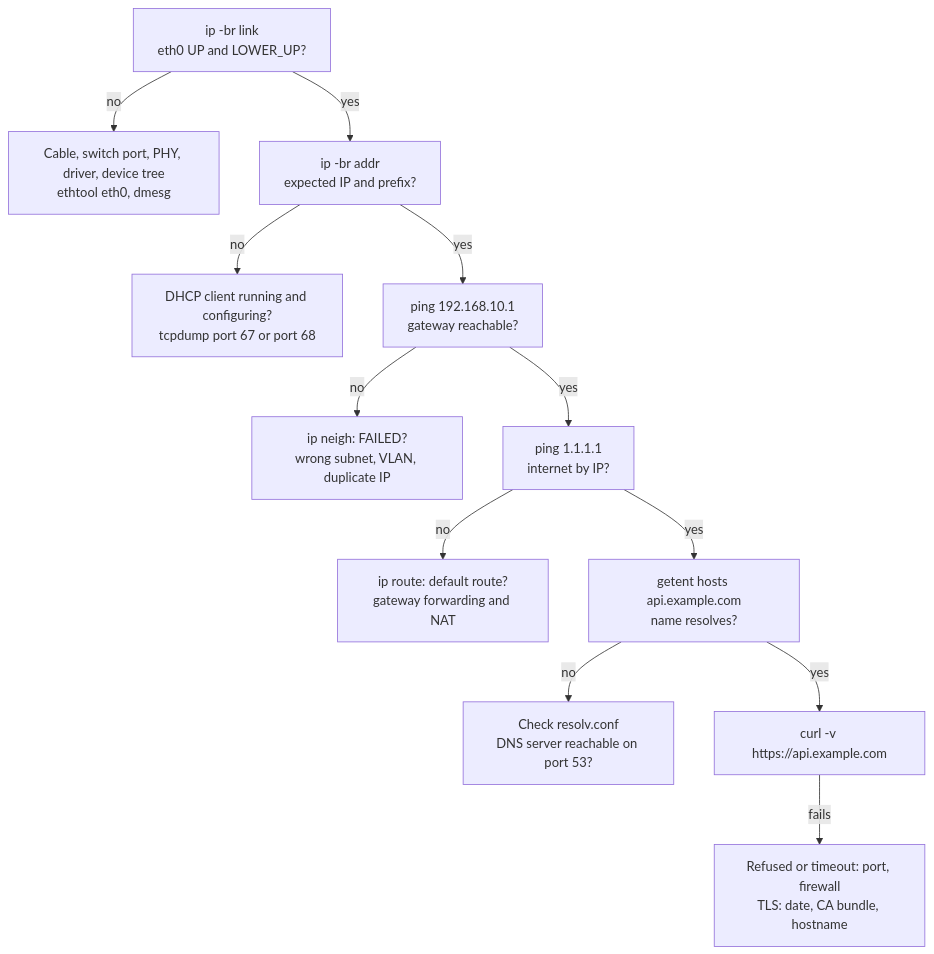
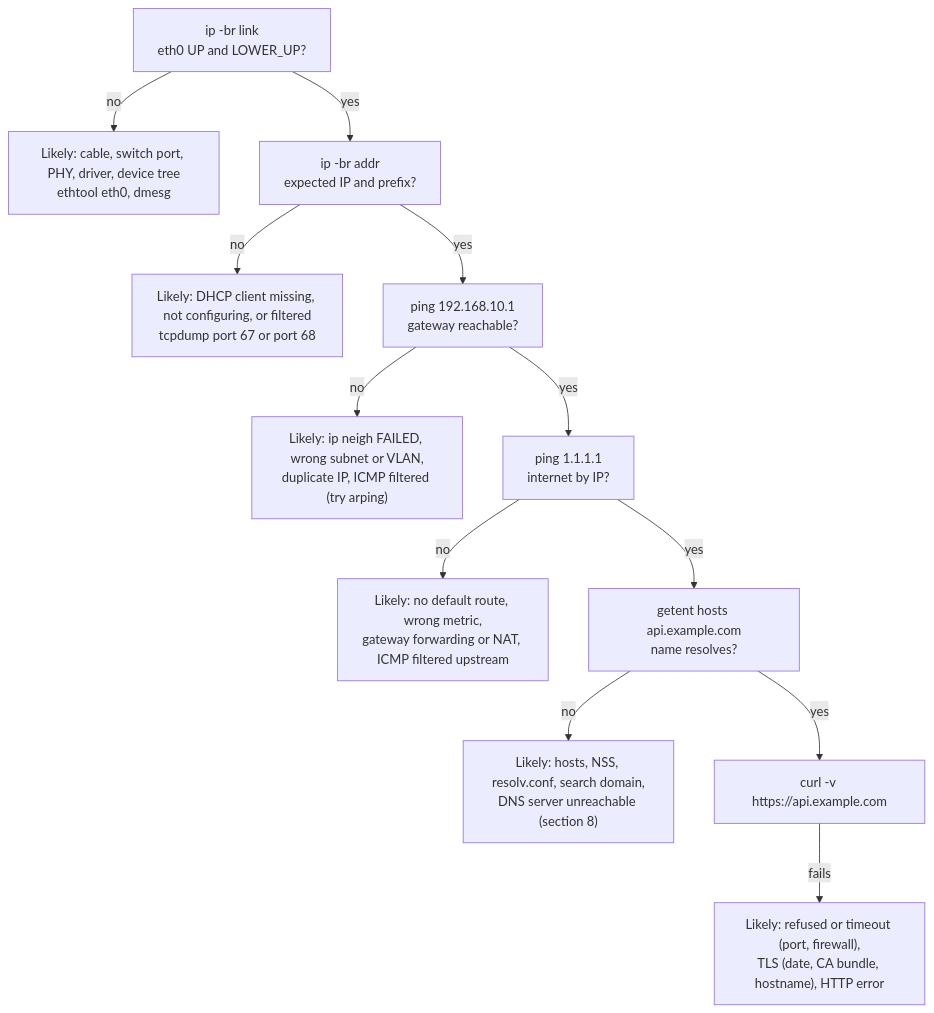
Diagram 11 of 11 in networking/fundamentals/fundamentals.md (yassineflag/engineering-notes-public), drawn with Mermaid before and after one commit. The commit also changed other lines of this file, not shown here.

````diff
--- a/networking/fundamentals/fundamentals.md
+++ b/networking/fundamentals/fundamentals.md
@@ -824,14 +945,14 @@
 ```mermaid
 flowchart TD
-    L1["ip -br link<br/>eth0 UP and LOWER_UP?"] -->|no| L1x["Cable, switch port, PHY, driver, device tree<br/>ethtool eth0, dmesg"]
+    L1["ip -br link<br/>eth0 UP and LOWER_UP?"] -->|no| L1x["Likely: cable, switch port, PHY, driver, device tree<br/>ethtool eth0, dmesg"]
     L1 -->|yes| L3["ip -br addr<br/>expected IP and prefix?"]
-    L3 -->|no| L3x["DHCP client running and configuring?<br/>tcpdump port 67 or port 68"]
+    L3 -->|no| L3x["Likely: DHCP client missing, not configuring, or filtered<br/>tcpdump port 67 or port 68"]
     L3 -->|yes| GW["ping 192.168.10.1<br/>gateway reachable?"]
-    GW -->|no| GWx["ip neigh: FAILED?<br/>wrong subnet, VLAN, duplicate IP"]
+    GW -->|no| GWx["Likely: ip neigh FAILED, wrong subnet or VLAN,<br/>duplicate IP, ICMP filtered (try arping)"]
     GW -->|yes| NET["ping 1.1.1.1<br/>internet by IP?"]
-    NET -->|no| NETx["ip route: default route?<br/>gateway forwarding and NAT"]
+    NET -->|no| NETx["Likely: no default route, wrong metric,<br/>gateway forwarding or NAT, ICMP filtered upstream"]
     NET -->|yes| DNS["getent hosts api.example.com<br/>name resolves?"]
-    DNS -->|no| DNSx["Check resolv.conf<br/>DNS server reachable on port 53?"]
+    DNS -->|no| DNSx["Likely: hosts, NSS, resolv.conf, search domain,<br/>DNS server unreachable (section 8)"]
     DNS -->|yes| APP["curl -v https://api.example.com"]
-    APP -->|fails| APPx["Refused or timeout: port, firewall<br/>TLS: date, CA bundle, hostname"]
+    APP -->|fails| APPx["Likely: refused or timeout (port, firewall),<br/>TLS (date, CA bundle, hostname), HTTP error"]
 ```
````
